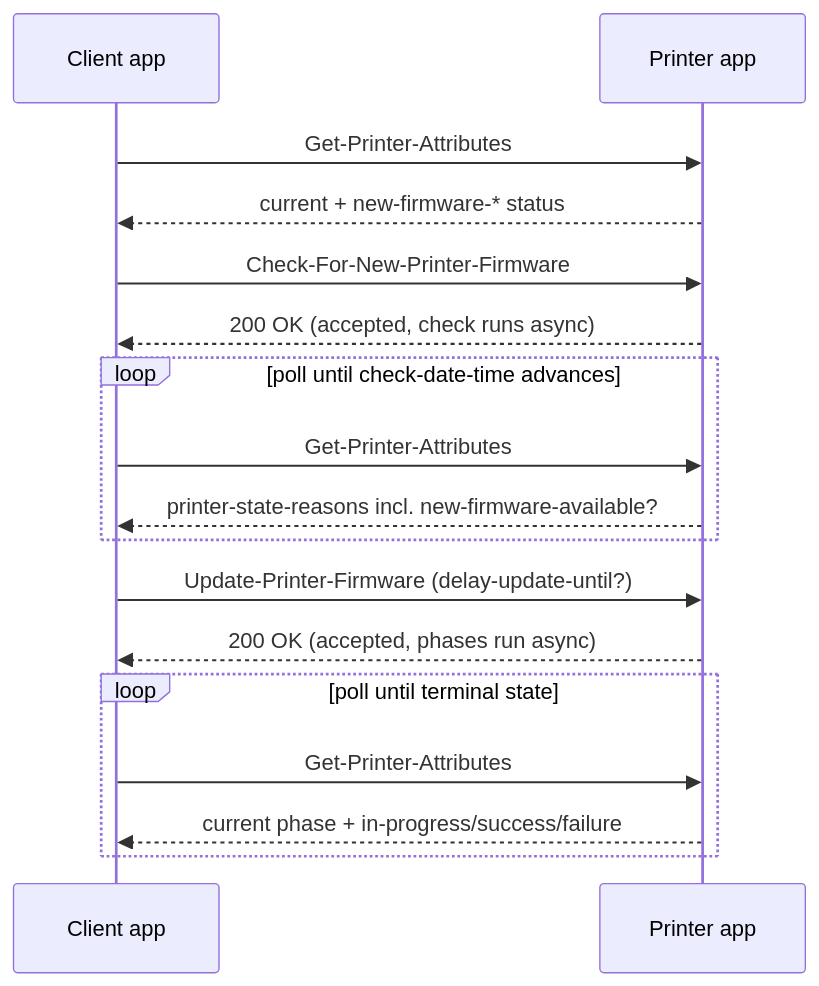
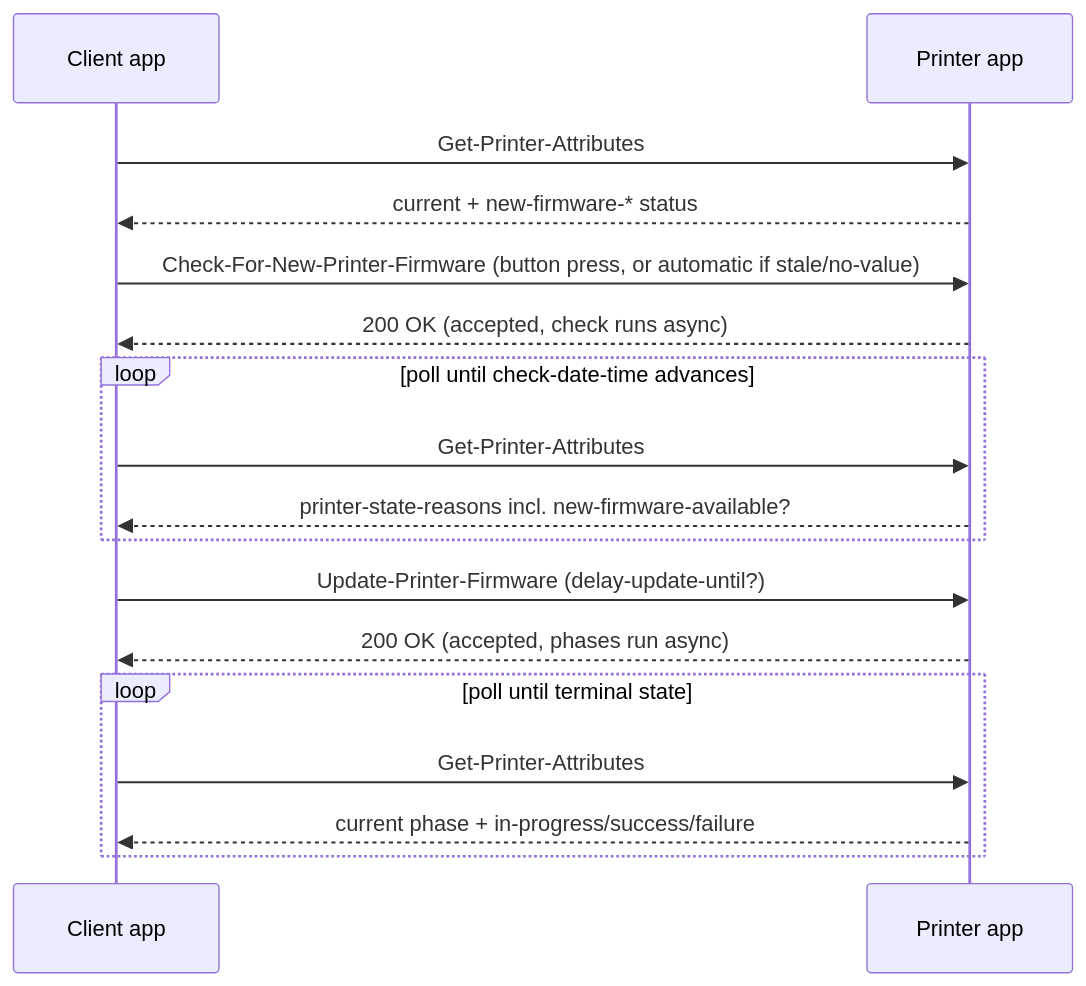
Before and after one commit to wifiprintguy/fwupdate-prototype-dart: the second of 2 diagrams in README.md, drawn with Mermaid. The commit also changed other lines of this file and 1 other file, not shown here.

````diff
--- a/README.md
+++ b/README.md
@@ -324,20 +434,20 @@
 ```mermaid
 sequenceDiagram
     participant C as Client app
     participant P as Printer app
 
     C->>P: Get-Printer-Attributes
     P-->>C: current + new-firmware-* status
-    C->>P: Check-For-New-Printer-Firmware
+    C->>P: Check-For-New-Printer-Firmware (button press, or automatic if stale/no-value)
     P-->>C: 200 OK (accepted, check runs async)
     loop poll until check-date-time advances
         C->>P: Get-Printer-Attributes
         P-->>C: printer-state-reasons incl. new-firmware-available?
     end
     C->>P: Update-Printer-Firmware (delay-update-until?)
     P-->>C: 200 OK (accepted, phases run async)
     loop poll until terminal state
         C->>P: Get-Printer-Attributes
         P-->>C: current phase + in-progress/success/failure
     end
 ```
````
